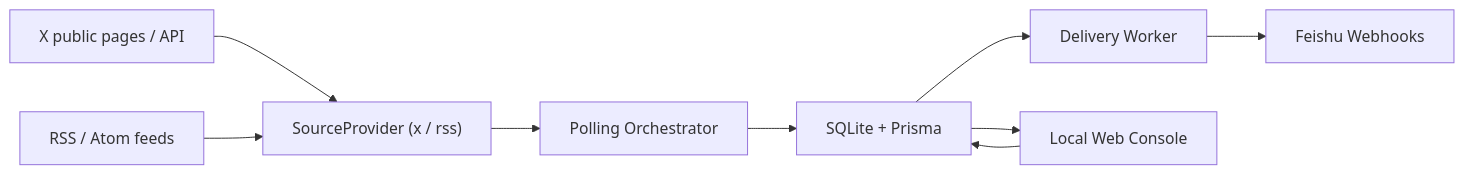
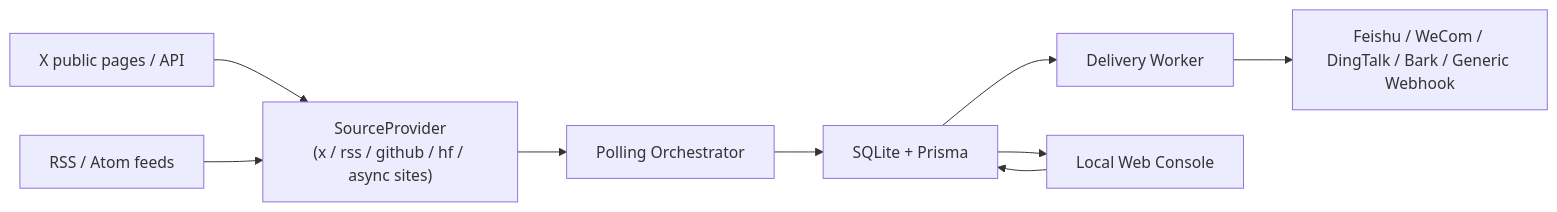
Before and after one commit to shi-YangYang/AI-Frontier-Radar: the diagram in README.md, drawn with Mermaid. The commit also changed other lines of this file, not shown here.

````diff
--- a/README.md
+++ b/README.md
@@ -68,11 +79,11 @@
 ```mermaid
 flowchart LR
-  X["X public pages / API"] --> Source["SourceProvider (x / rss)"]
+  X["X public pages / API"] --> Source["SourceProvider<br/>(x / rss / github / hf / async sites)"]
   RSS["RSS / Atom feeds"] --> Source
   Source --> Polling["Polling Orchestrator"]
   Polling --> SQLite["SQLite + Prisma"]
   SQLite --> Delivery["Delivery Worker"]
-  Delivery --> Feishu["Feishu Webhooks"]
+  Delivery --> Channels["Feishu / WeCom / DingTalk / Bark / Generic Webhook"]
   SQLite --> Web["Local Web Console"]
   Web --> SQLite
 ```
````
